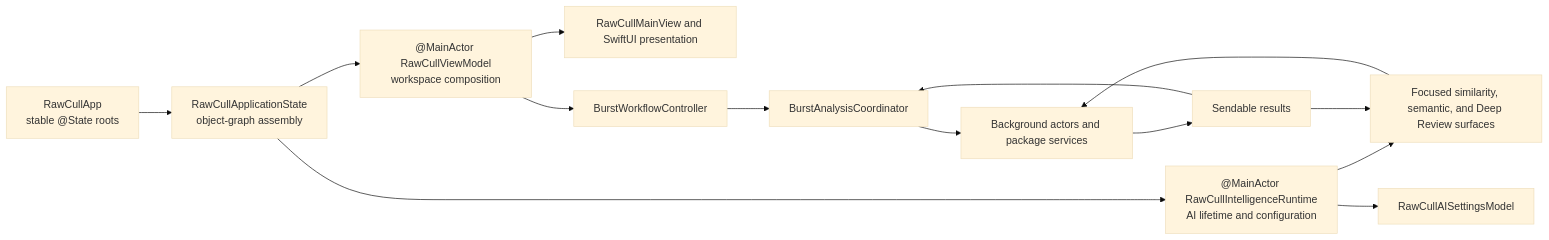
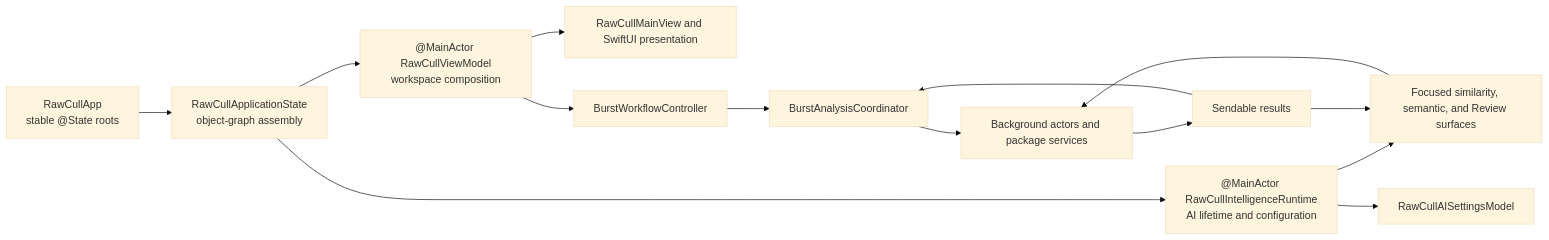
One commit to rsyncOSX/TechDocRawcull changed the first of 2 diagrams in content/en/docs/concurrency.md. Above: the diagram before and after it, drawn with Mermaid (base theme). The commit also changed other lines of this file and 42 other files, not shown here.

````diff
--- a/content/en/docs/concurrency.md
+++ b/content/en/docs/concurrency.md
@@ -52,16 +52,16 @@
 ```mermaid
 flowchart LR
     APP["RawCullApp<br/>stable @State roots"] --> STATE["RawCullApplicationState<br/>object-graph assembly"]
     STATE --> VM["@MainActor RawCullViewModel<br/>workspace composition"]
     STATE --> RT["@MainActor RawCullIntelligenceRuntime<br/>AI lifetime and configuration"]
     RT --> AIS["RawCullAISettingsModel"]
-    RT --> FEATURES["Focused similarity, semantic, and Deep Review surfaces"]
+    RT --> FEATURES["Focused similarity, semantic, and Review surfaces"]
     VM --> VIEW["RawCullMainView and SwiftUI presentation"]
     VM --> WORKFLOW["BurstWorkflowController"]
     WORKFLOW --> BURST["BurstAnalysisCoordinator"]
     FEATURES --> ACTORS["Background actors and package services"]
     BURST --> ACTORS
     ACTORS --> VALUES["Sendable results"]
     VALUES --> FEATURES
     VALUES --> BURST
 ```
````
